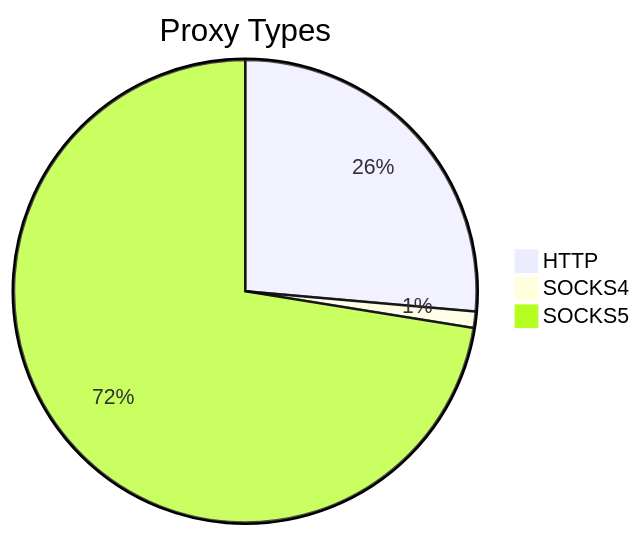
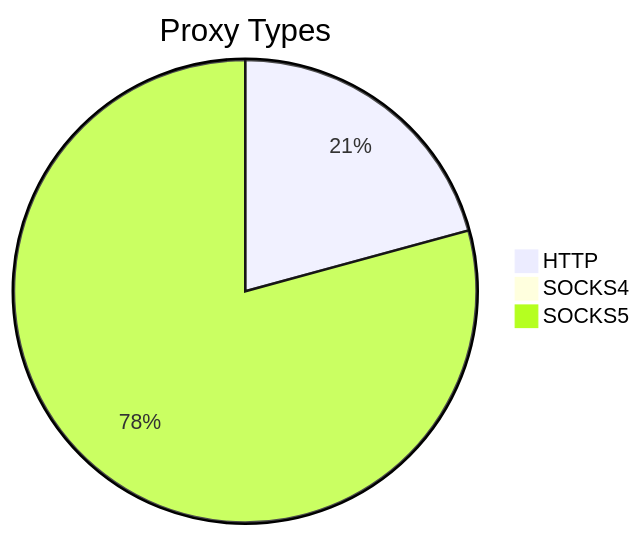
The first of 2 diagrams in README.md (stormsia/proxy-list), drawn with Mermaid before and after one commit. The commit also changed other lines of this file, not shown here.

````diff
--- a/README.md
+++ b/README.md
@@ -21,6 +21,6 @@
 ```mermaid
 pie title Proxy Types
-    "HTTP" : 836
-    "SOCKS4" : 36
-    "SOCKS5" : 2295
+    "HTTP" : 623
+    "SOCKS4" : 30
+    "SOCKS5" : 2377
 ```
````
